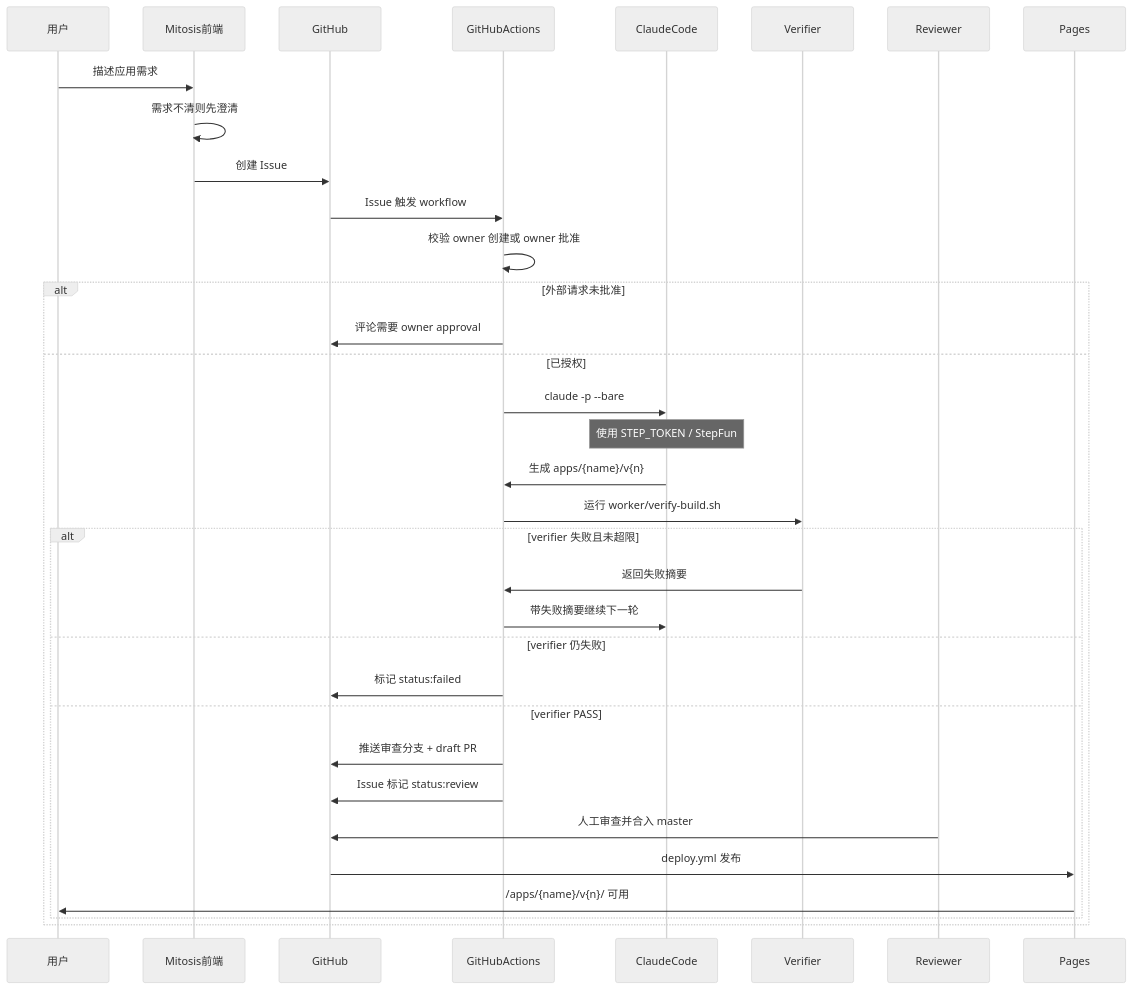
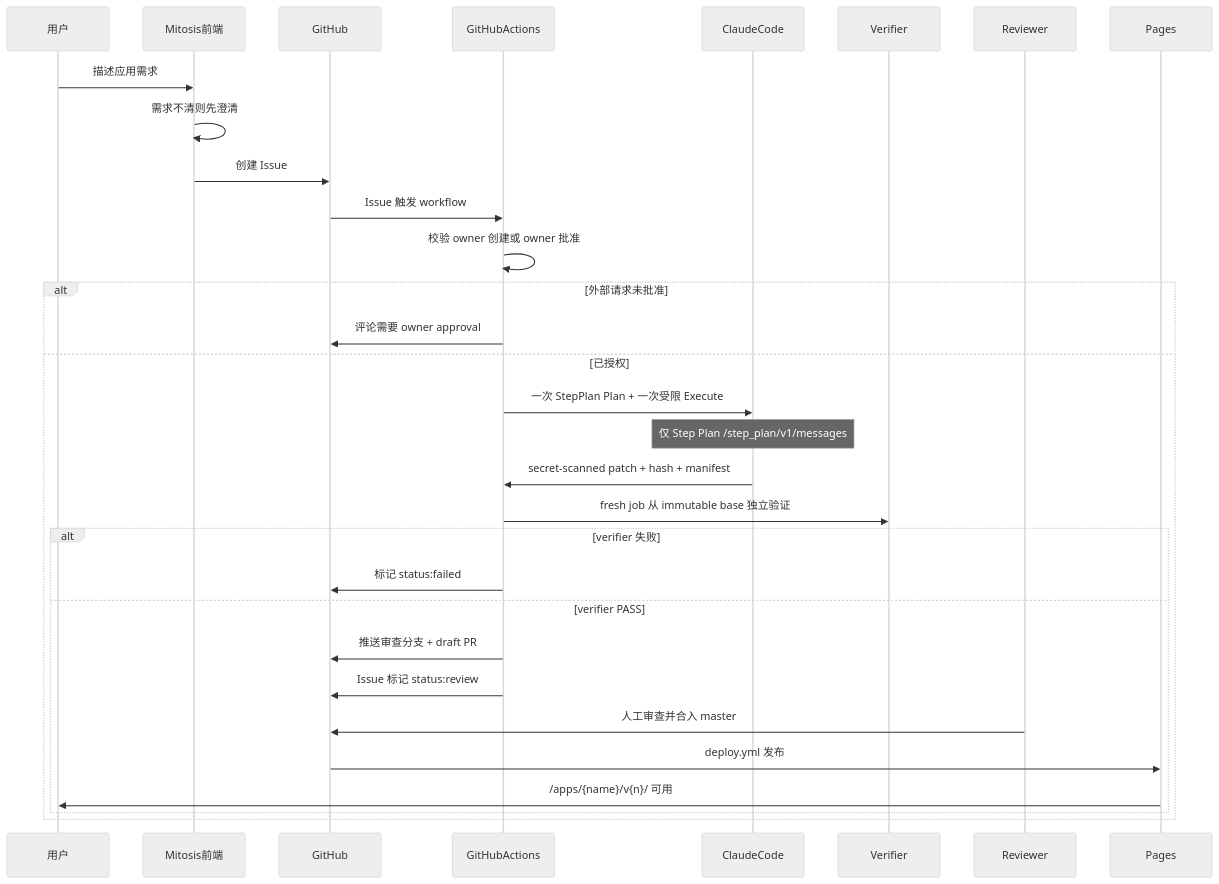
One commit to zenHeart/mitosis changed the fifth of 9 diagrams in docs/architecture.md. Above: the diagram before and after it, drawn with Mermaid (neutral theme). The commit also changed other lines of this file and 20 other files, not shown here.

````diff
--- a/docs/architecture.md
+++ b/docs/architecture.md
@@ -257,38 +258,35 @@
 ```mermaid
 sequenceDiagram
     participant 用户
     participant Mitosis前端
     participant GitHub
     participant GitHubActions
     participant ClaudeCode
     participant Verifier
     participant Reviewer
     participant Pages
 
     用户->>Mitosis前端: 描述应用需求
     Mitosis前端->>Mitosis前端: 需求不清则先澄清
     Mitosis前端->>GitHub: 创建 Issue
     GitHub->>GitHubActions: Issue 触发 workflow
     GitHubActions->>GitHubActions: 校验 owner 创建或 owner 批准
 
     alt 外部请求未批准
         GitHubActions->>GitHub: 评论需要 owner approval
     else 已授权
-        GitHubActions->>ClaudeCode: claude -p --bare
-        Note over ClaudeCode: 使用 STEP_TOKEN / StepFun
-        ClaudeCode->>GitHubActions: 生成 apps/{name}/v{n}
-        GitHubActions->>Verifier: 运行 worker/verify-build.sh
-        alt verifier 失败且未超限
-            Verifier->>GitHubActions: 返回失败摘要
-            GitHubActions->>ClaudeCode: 带失败摘要继续下一轮
-        else verifier 仍失败
+        GitHubActions->>ClaudeCode: 一次 StepPlan Plan + 一次受限 Execute
+        Note over ClaudeCode: 仅 Step Plan /step_plan/v1/messages
+        ClaudeCode->>GitHubActions: secret-scanned patch + hash + manifest
+        GitHubActions->>Verifier: fresh job 从 immutable base 独立验证
+        alt verifier 失败
             GitHubActions->>GitHub: 标记 status:failed
         else verifier PASS
             GitHubActions->>GitHub: 推送审查分支 + draft PR
             GitHubActions->>GitHub: Issue 标记 status:review
             Reviewer->>GitHub: 人工审查并合入 master
             GitHub->>Pages: deploy.yml 发布
             Pages->>用户: /apps/{name}/v{n}/ 可用
         end
     end
 ```
````
